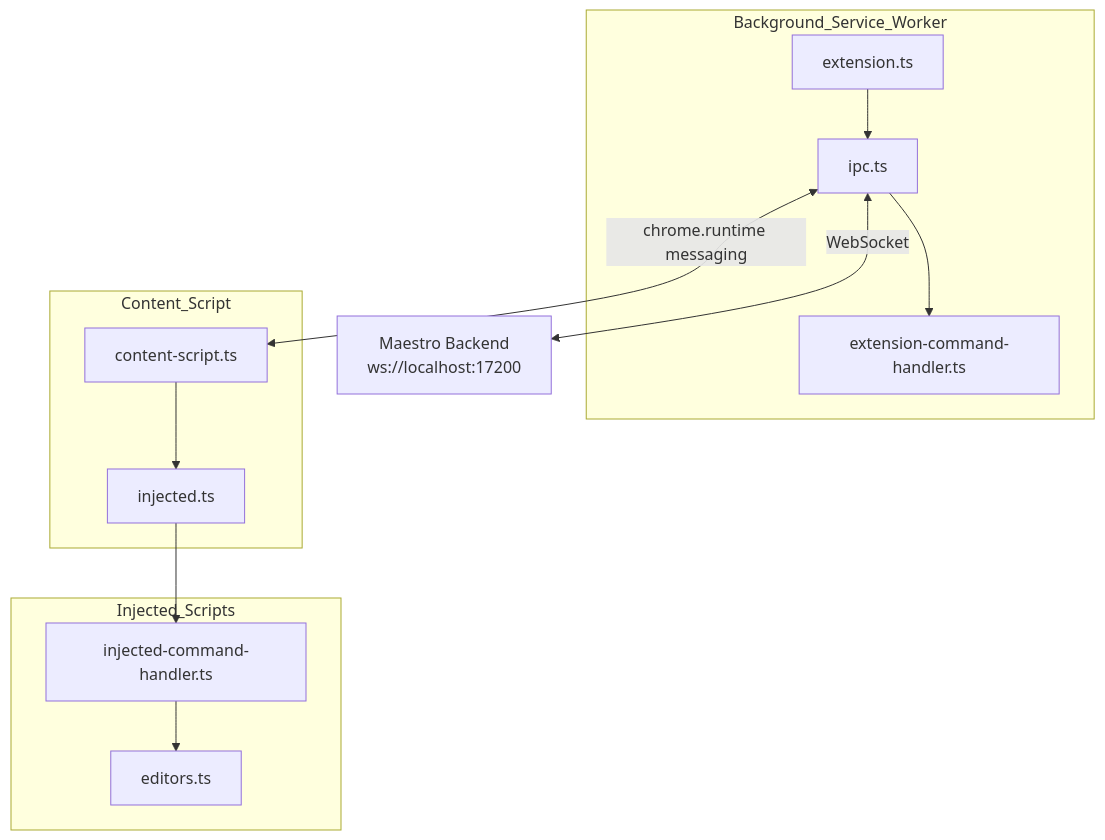
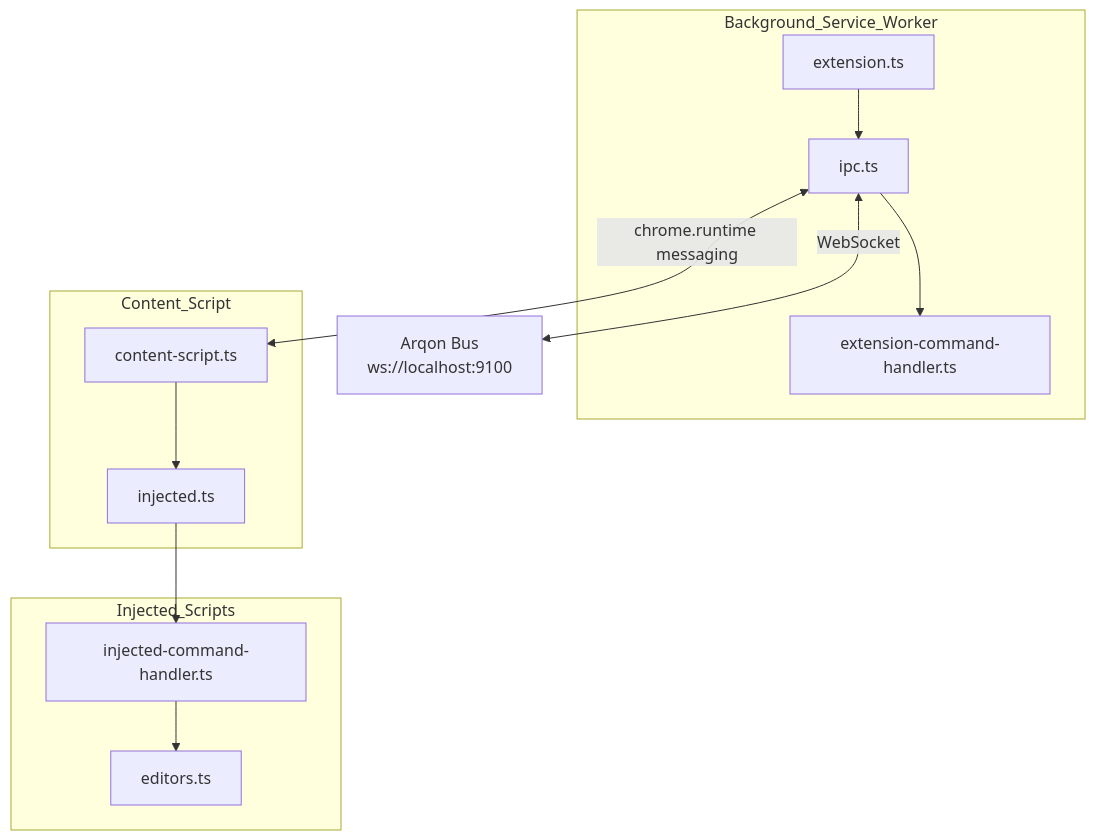
Before and after one commit to novelbytelabs/maestro-chrome-extension: the diagram in docs/SPEC.md, drawn with Mermaid. The commit also changed other lines of this file and 3 other files, not shown here.

First line of the commit message:
Phase 1: Update Chrome extension for Arqon Bus integration

````diff
--- a/docs/SPEC.md
+++ b/docs/SPEC.md
@@ -26,20 +27,20 @@
 ```mermaid
 flowchart TB
     subgraph Background_Service_Worker
         E[extension.ts] --> IPC[ipc.ts]
         IPC --> ECH[extension-command-handler.ts]
     end
     
     subgraph Content_Script
         CS[content-script.ts] --> IS[injected.ts]
     end
     
     subgraph Injected_Scripts
         IS --> ICH[injected-command-handler.ts]
         ICH --> ED[editors.ts]
     end
     
     IPC <-->|chrome.runtime messaging| CS
     
-    IPC <-->|WebSocket| Backend[Maestro Backend<br/>ws://localhost:17200]
+    IPC <-->|WebSocket| Backend[Arqon Bus<br/>ws://localhost:9100]
 ```
````
